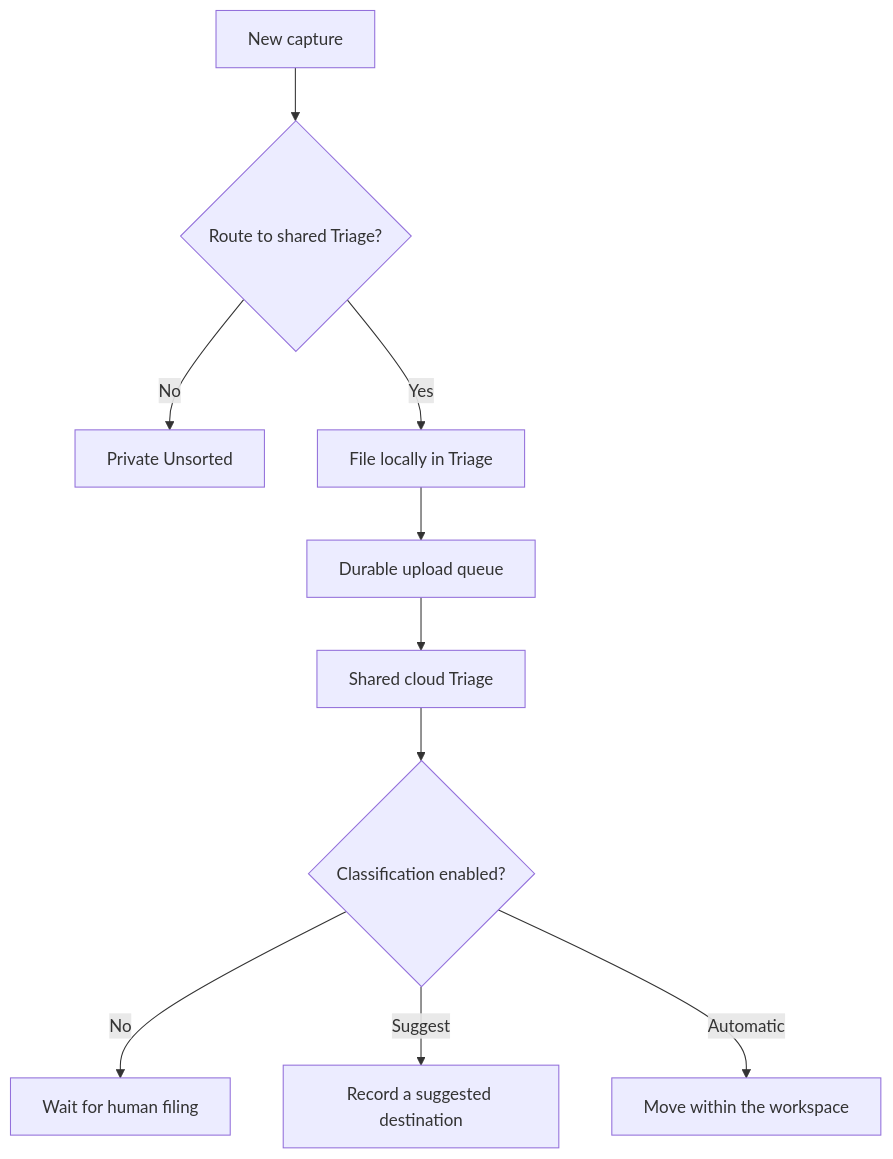
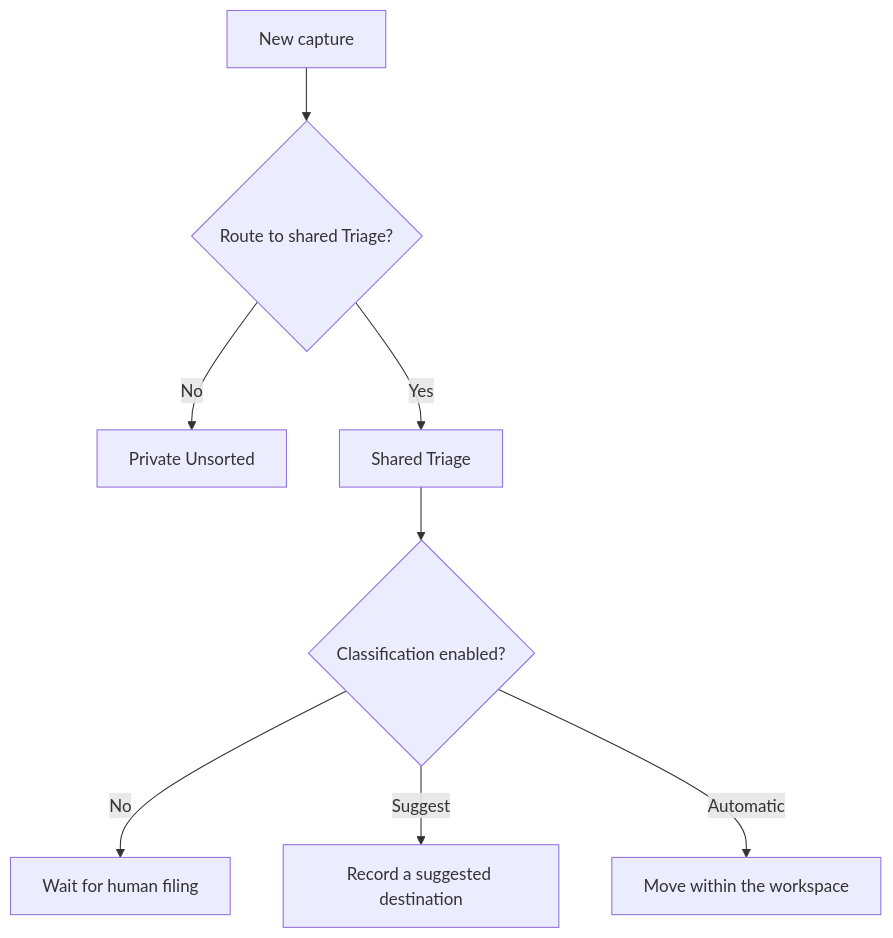
One commit to filetelierb/bowerbirds-public-docs changed the diagram in capture/routing-and-triage.mdx. Above: the diagram before and after it, drawn with Mermaid. The commit also changed other lines of this file and 36 other files, not shown here.

````diff
--- a/capture/routing-and-triage.mdx
+++ b/capture/routing-and-triage.mdx
@@ -21,12 +21,10 @@
 ```mermaid
 flowchart TD
   N[New capture] --> S{Route to shared Triage?}
   S -->|No| U[Private Unsorted]
-  S -->|Yes| L[File locally in Triage]
-  L --> Q[Durable upload queue]
-  Q --> C[Shared cloud Triage]
+  S -->|Yes| C[Shared Triage]
   C --> P{Classification enabled?}
   P -->|No| W[Wait for human filing]
   P -->|Suggest| G[Record a suggested destination]
   P -->|Automatic| M[Move within the workspace]
 ```
````
